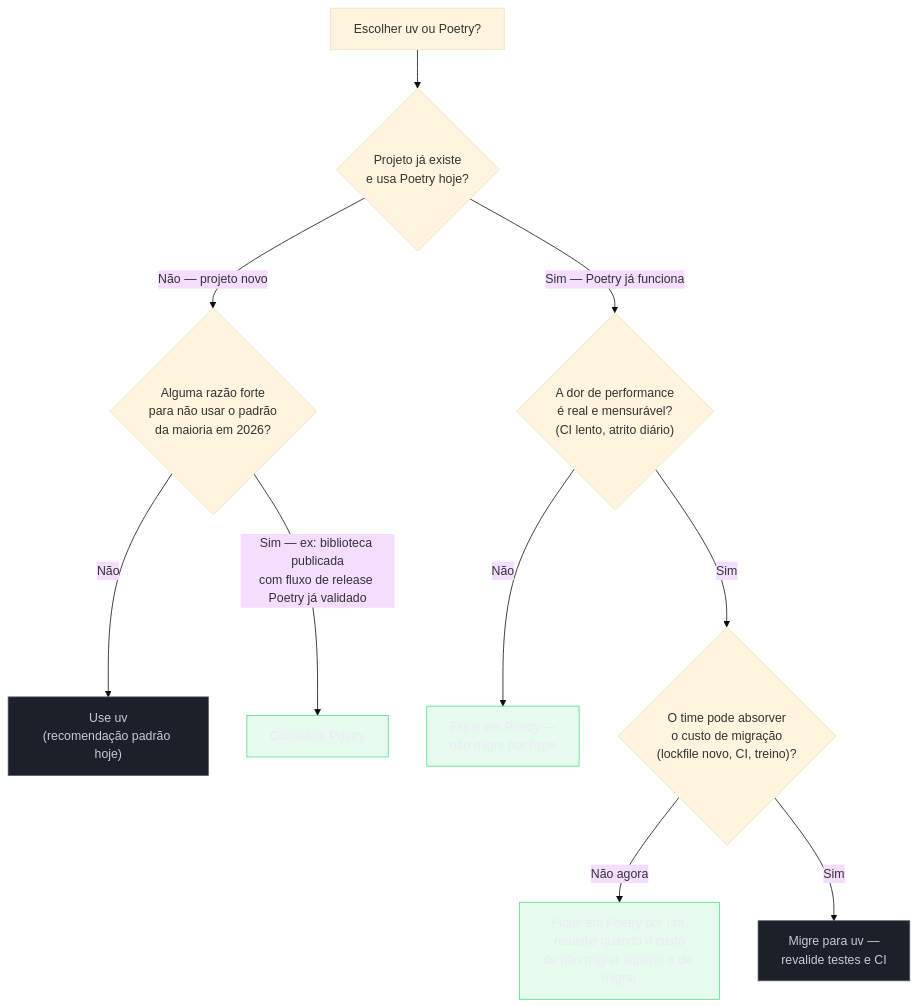
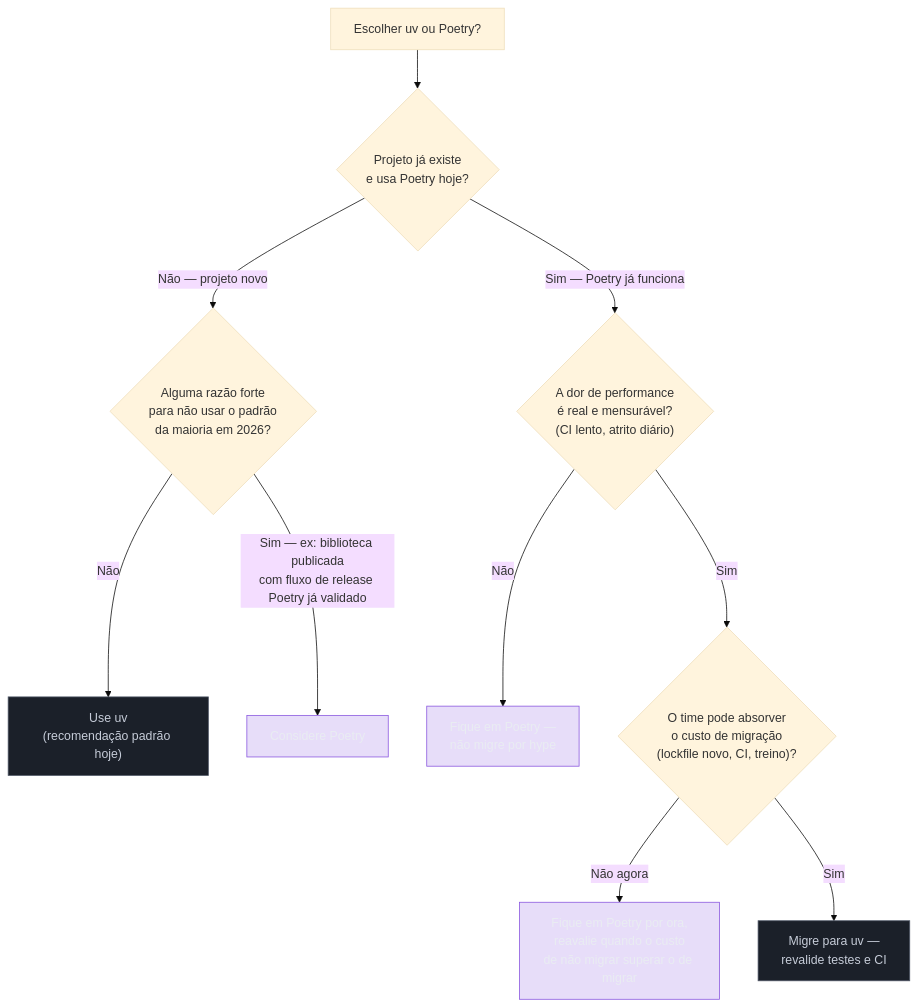
Before and after one commit to josenaldo/codex-technomanticus: the second of 2 diagrams in 03-Dominios/Tecnologia/Python/Build e tooling/06 - uv vs Poetry — trade-offs honestos.md, drawn with Mermaid (base theme). The commit also changed 601 other files, not shown here.

````diff
--- a/03-Dominios/Tecnologia/Python/Build e tooling/06 - uv vs Poetry — trade-offs honestos.md
+++ b/03-Dominios/Tecnologia/Python/Build e tooling/06 - uv vs Poetry — trade-offs honestos.md
@@ -108,22 +108,22 @@
 ```mermaid
 flowchart TD
+    classDef marca fill:#8855DF33,stroke:#8855DF,color:#E9ECF2
     classDef neutro fill:#1B2029,stroke:#4E5666,color:#C6CCD8
-    classDef ok fill:#4ADE8021,stroke:#4ADE80,color:#E9ECF2
     Start["Escolher uv ou Poetry?"] --> Q1{"Projeto já existe<br/>e usa Poetry hoje?"}
 
     Q1 -->|Não — projeto novo| NewProj{"Alguma razão forte<br/>para não usar o padrão<br/>da maioria em 2026?"}
     NewProj -->|Não| UV1["Use uv<br/>(recomendação padrão hoje)"]
     NewProj -->|"Sim — ex: biblioteca publicada<br/>com fluxo de release Poetry já validado"| Poetry1["Considere Poetry"]
 
     Q1 -->|"Sim — Poetry já funciona"| Q2{"A dor de performance<br/>é real e mensurável?<br/>(CI lento, atrito diário)"}
     Q2 -->|Não| Stay["Fique em Poetry —<br/>não migre por hype"]
     Q2 -->|Sim| Q3{"O time pode absorver<br/>o custo de migração<br/>(lockfile novo, CI, treino)?"}
     Q3 -->|Não agora| StayFor["Fique em Poetry por ora,<br/>reavalie quando o custo<br/>de não migrar superar o de migrar"]
     Q3 -->|Sim| Migrate["Migre para uv —<br/>revalide testes e CI"]
 
     class UV1 neutro
     class Migrate neutro
-    class Stay ok
-    class StayFor ok
-    class Poetry1 ok
+    class Stay marca
+    class StayFor marca
+    class Poetry1 marca
 ```
````
